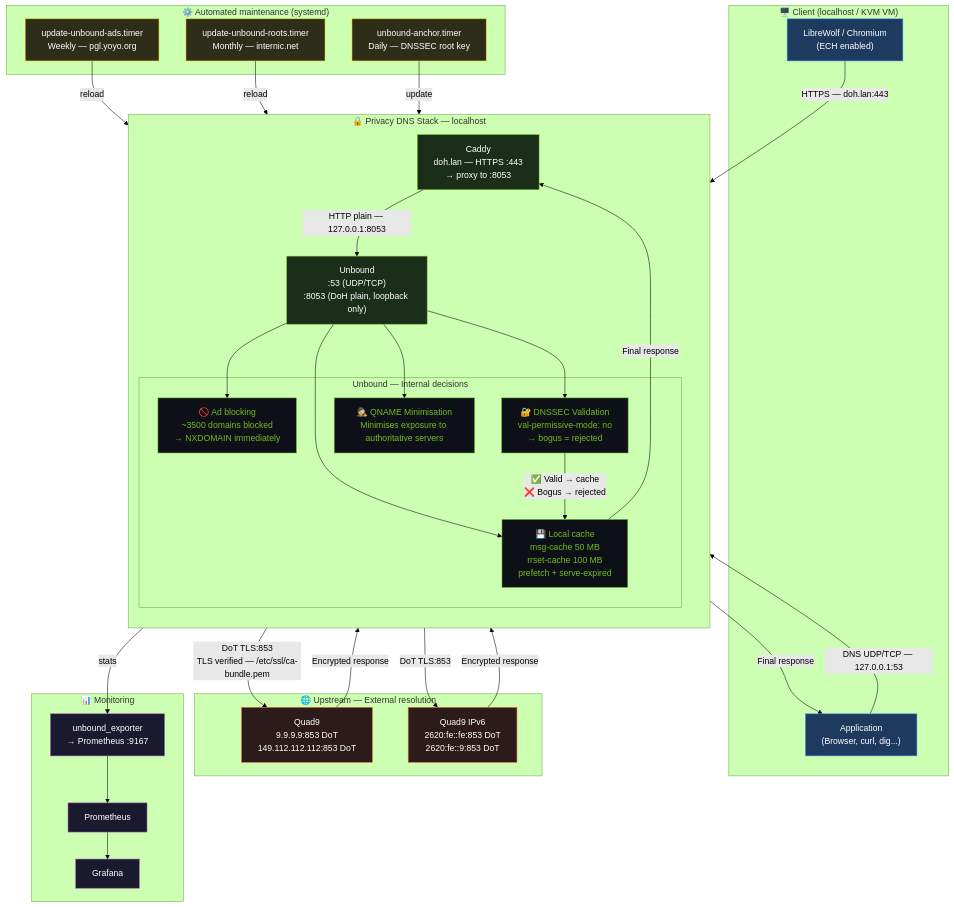
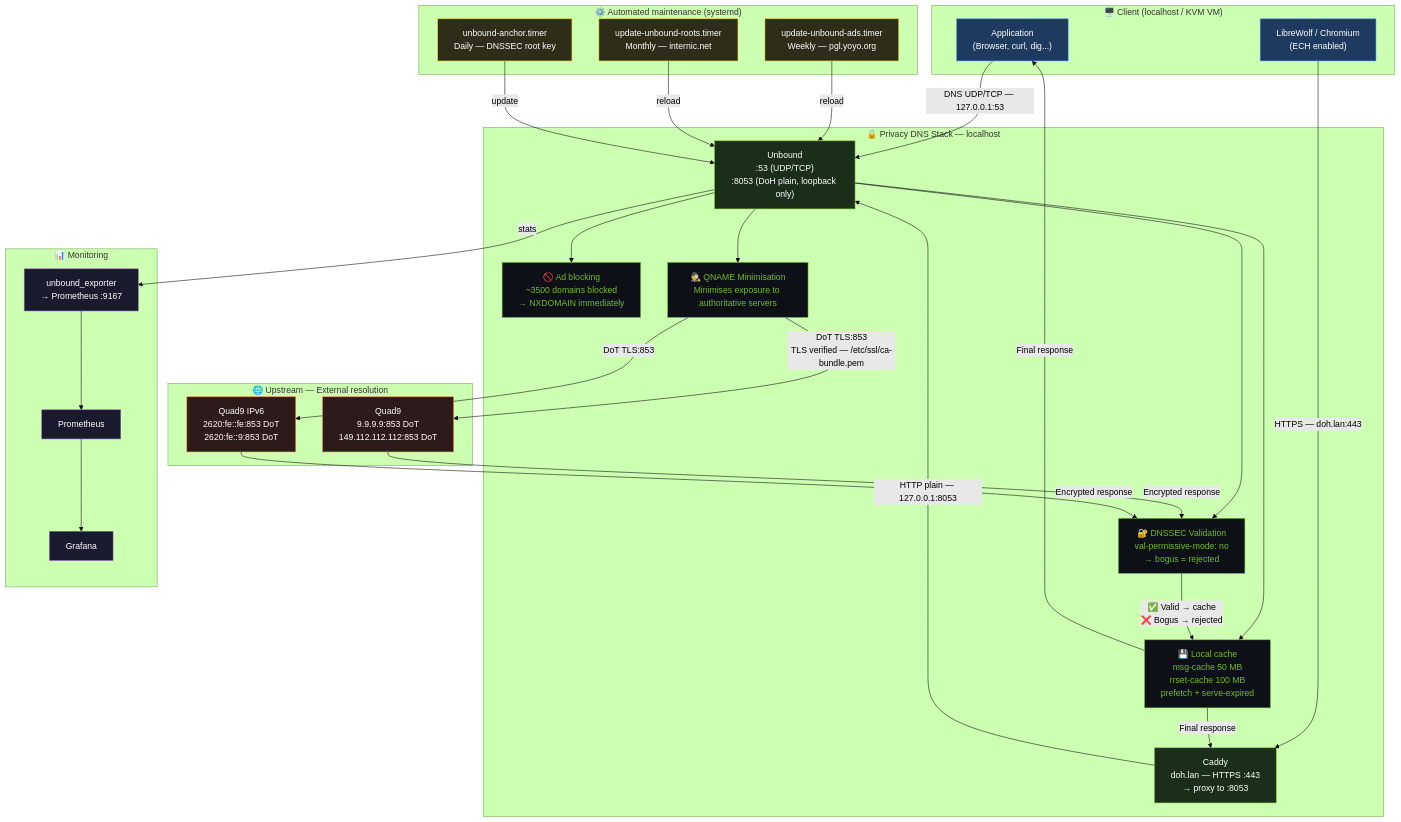
The diagram in README.md (crisis1er/unbound), drawn with Mermaid (forest theme) before and after one commit.

Commit message:
fix: correct Mermaid diagram — remove nested subgraphs causing render error

````diff
--- a/README.md
+++ b/README.md
@@ -32,75 +32,86 @@
 ```mermaid
 flowchart TD
     subgraph CLIENT["🖥️ Client (localhost / KVM VM)"]
-        APP["Application\n(Browser, curl, dig...)"]
-        LIBREOLF["LibreWolf / Chromium\n(ECH enabled)"]
+        APP["Application
+(Browser, curl, dig...)"]
+        LIBREOLF["LibreWolf / Chromium
+(ECH enabled)"]
     end
 
     subgraph LOCAL_STACK["🔒 Privacy DNS Stack — localhost"]
-        direction TB
-        CADDY["Caddy\ndoh.lan — HTTPS :443\n→ proxy to :8053"]
-        UNBOUND["Unbound\n:53 (UDP/TCP)\n:8053 (DoH plain, loopback only)"]
-
-        subgraph UNBOUND_LOGIC["Unbound — Internal decisions"]
-            ADBLOCK["🚫 Ad blocking\n~3500 domains blocked\n→ NXDOMAIN immediately"]
-            DNSSEC["🔐 DNSSEC Validation\nval-permissive-mode: no\n→ bogus = rejected"]
-            CACHE["💾 Local cache\nmsg-cache 50 MB\nrrset-cache 100 MB\nprefetch + serve-expired"]
-            QMIN["🕵️ QNAME Minimisation\nMinimises exposure to authoritative servers"]
-        end
+        CADDY["Caddy
+doh.lan — HTTPS :443
+→ proxy to :8053"]
+        UNBOUND["Unbound
+:53 (UDP/TCP)
+:8053 (DoH plain, loopback only)"]
+        ADBLOCK["🚫 Ad blocking
+~3500 domains blocked
+→ NXDOMAIN immediately"]
+        DNSSEC["🔐 DNSSEC Validation
+val-permissive-mode: no
+→ bogus = rejected"]
+        CACHE["💾 Local cache
+msg-cache 50 MB
+rrset-cache 100 MB
+prefetch + serve-expired"]
+        QMIN["🕵️ QNAME Minimisation
+Minimises exposure to authoritative servers"]
     end
 
     subgraph UPSTREAM["🌐 Upstream — External resolution"]
-        QUAD9_1["Quad9\n9.9.9.9:853 DoT\n149.112.112.112:853 DoT"]
-        QUAD9_6["Quad9 IPv6\n2620:fe::fe:853 DoT\n2620:fe::9:853 DoT"]
+        QUAD9_1["Quad9
+9.9.9.9:853 DoT
+149.112.112.112:853 DoT"]
+        QUAD9_6["Quad9 IPv6
+2620:fe::fe:853 DoT
+2620:fe::9:853 DoT"]
     end
 
     subgraph MONITORING["📊 Monitoring"]
-        EXPORTER["unbound_exporter\n→ Prometheus :9167"]
+        EXPORTER["unbound_exporter
+→ Prometheus :9167"]
         PROMETHEUS["Prometheus"]
         GRAFANA["Grafana"]
     end
 
     subgraph MAINTENANCE["⚙️ Automated maintenance (systemd)"]
-        ADS_TIMER["update-unbound-ads.timer\nWeekly — pgl.yoyo.org"]
-        ROOTS_TIMER["update-unbound-roots.timer\nMonthly — internic.net"]
-        ANCHOR_TIMER["unbound-anchor.timer\nDaily — DNSSEC root key"]
+        ADS_TIMER["update-unbound-ads.timer
+Weekly — pgl.yoyo.org"]
+        ROOTS_TIMER["update-unbound-roots.timer
+Monthly — internic.net"]
+        ANCHOR_TIMER["unbound-anchor.timer
+Daily — DNSSEC root key"]
     end
 
-    %% DoH flow (ECH-capable browser)
     LIBREOLF -->|"HTTPS — doh.lan:443"| CADDY
     CADDY -->|"HTTP plain — 127.0.0.1:8053"| UNBOUND
-
-    %% Classic DNS flow
     APP -->|"DNS UDP/TCP — 127.0.0.1:53"| UNBOUND
 
-    %% Internal Unbound decisions
     UNBOUND --> ADBLOCK
     UNBOUND --> DNSSEC
     UNBOUND --> CACHE
     UNBOUND --> QMIN
 
-    %% Encrypted upstream resolution
-    QMIN -->|"DoT TLS:853\nTLS verified — /etc/ssl/ca-bundle.pem"| QUAD9_1
+    QMIN -->|"DoT TLS:853
+TLS verified — /etc/ssl/ca-bundle.pem"| QUAD9_1
     QMIN -->|"DoT TLS:853"| QUAD9_6
 
-    %% Response return path
     QUAD9_1 -->|"Encrypted response"| DNSSEC
     QUAD9_6 -->|"Encrypted response"| DNSSEC
-    DNSSEC -->|"✅ Valid → cache\n❌ Bogus → rejected"| CACHE
+    DNSSEC -->|"✅ Valid → cache
+❌ Bogus → rejected"| CACHE
     CACHE -->|"Final response"| APP
     CACHE -->|"Final response"| CADDY
 
-    %% Monitoring
     UNBOUND -->|"stats"| EXPORTER
     EXPORTER --> PROMETHEUS
     PROMETHEUS --> GRAFANA
 
-    %% Maintenance
     ADS_TIMER -->|"reload"| UNBOUND
     ROOTS_TIMER -->|"reload"| UNBOUND
     ANCHOR_TIMER -->|"update"| UNBOUND
 
-    %% Styles
     classDef client fill:#1e3a5f,stroke:#4a9eff,color:#fff
     classDef stack fill:#1a2e1a,stroke:#73BA25,color:#fff
     classDef upstream fill:#2d1a1a,stroke:#ff6b35,color:#fff
````
